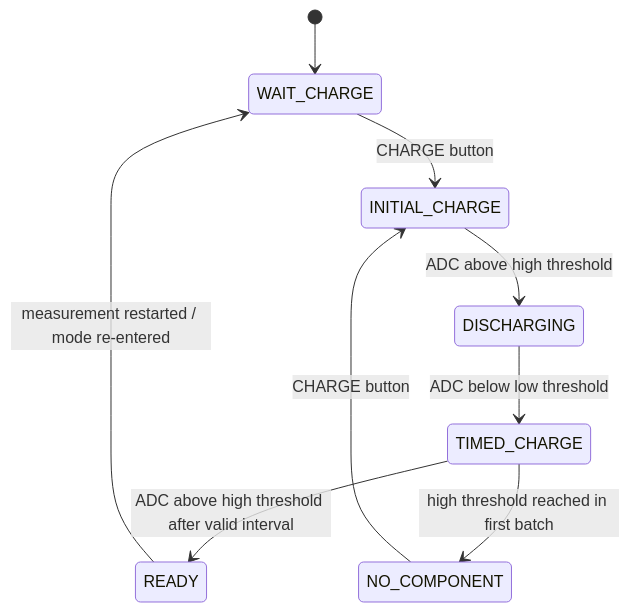
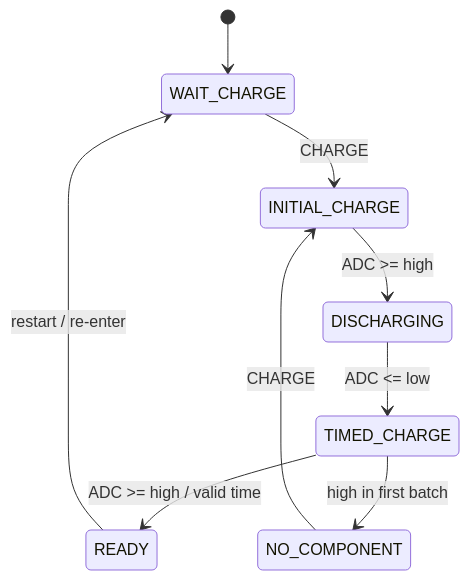
Before and after one commit to haikevins/Multimeter_Project: the tenth of 21 diagrams in README.md, drawn with Mermaid. The commit also changed other lines of this file, not shown here.

````diff
--- a/README.md
+++ b/README.md
@@ -595,11 +615,12 @@
 ```mermaid
 stateDiagram-v2
+    direction TB
     [*] --> WAIT_CHARGE
-    WAIT_CHARGE --> INITIAL_CHARGE: CHARGE button
-    INITIAL_CHARGE --> DISCHARGING: ADC above high threshold
-    DISCHARGING --> TIMED_CHARGE: ADC below low threshold
-    TIMED_CHARGE --> READY: ADC above high threshold after valid interval
-    TIMED_CHARGE --> NO_COMPONENT: high threshold reached in first batch
-    READY --> WAIT_CHARGE: measurement restarted / mode re-entered
-    NO_COMPONENT --> INITIAL_CHARGE: CHARGE button
+    WAIT_CHARGE --> INITIAL_CHARGE: CHARGE
+    INITIAL_CHARGE --> DISCHARGING: ADC >= high
+    DISCHARGING --> TIMED_CHARGE: ADC <= low
+    TIMED_CHARGE --> READY: ADC >= high / valid time
+    TIMED_CHARGE --> NO_COMPONENT: high in first batch
+    READY --> WAIT_CHARGE: restart / re-enter
+    NO_COMPONENT --> INITIAL_CHARGE: CHARGE
 ```
````
